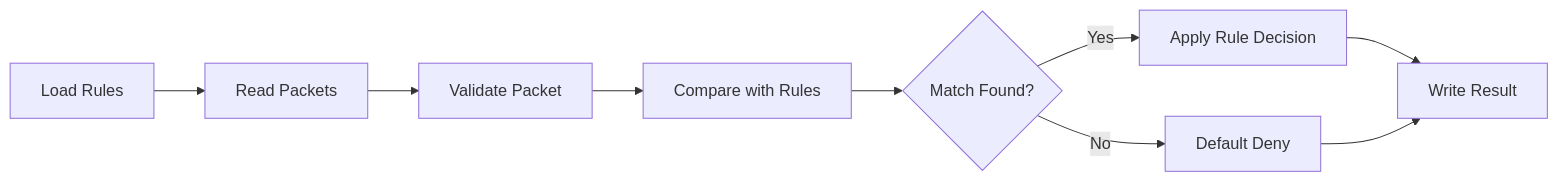
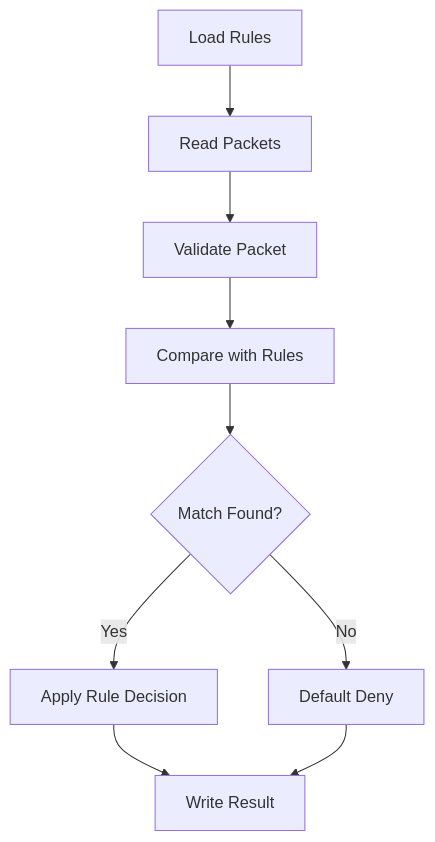
Before and after one commit to Hussain-Ali-787/air-university-cybersecurity-projects: the diagram in semester-01-fall-2023/programming-fundamentals/firewall-rule-engine-cpp/README.md, drawn with Mermaid. The commit also changed 1 other file, not shown here.

Commit message:
Finalize Programming Fundamentals firewall rule engine

````diff
--- a/semester-01-fall-2023/programming-fundamentals/firewall-rule-engine-cpp/README.md
+++ b/semester-01-fall-2023/programming-fundamentals/firewall-rule-engine-cpp/README.md
@@ -54,11 +54,11 @@
 ```mermaid
-flowchart LR
+flowchart TB
     A[Load Rules] --> B[Read Packets]
     B --> C[Validate Packet]
     C --> D[Compare with Rules]
     D --> E{Match Found?}
     E -->|Yes| F[Apply Rule Decision]
     E -->|No| G[Default Deny]
     F --> H[Write Result]
     G --> H
 ```
````
